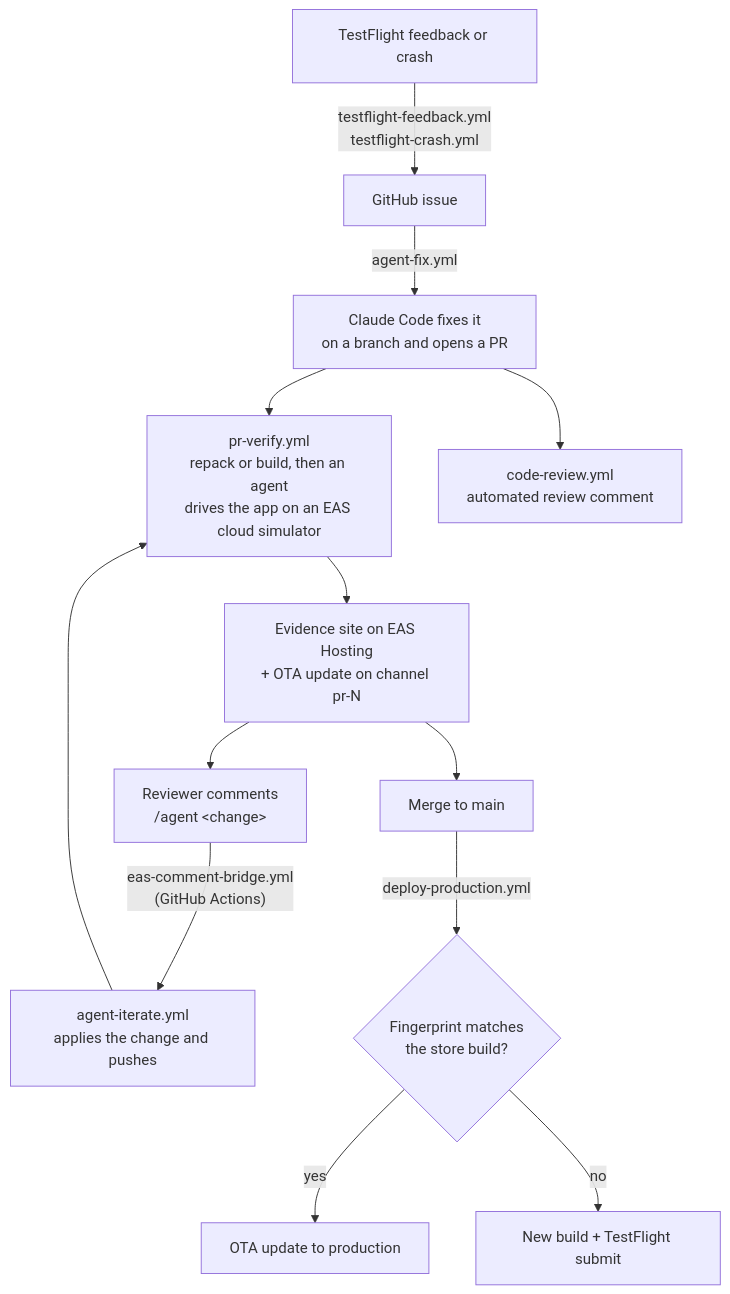
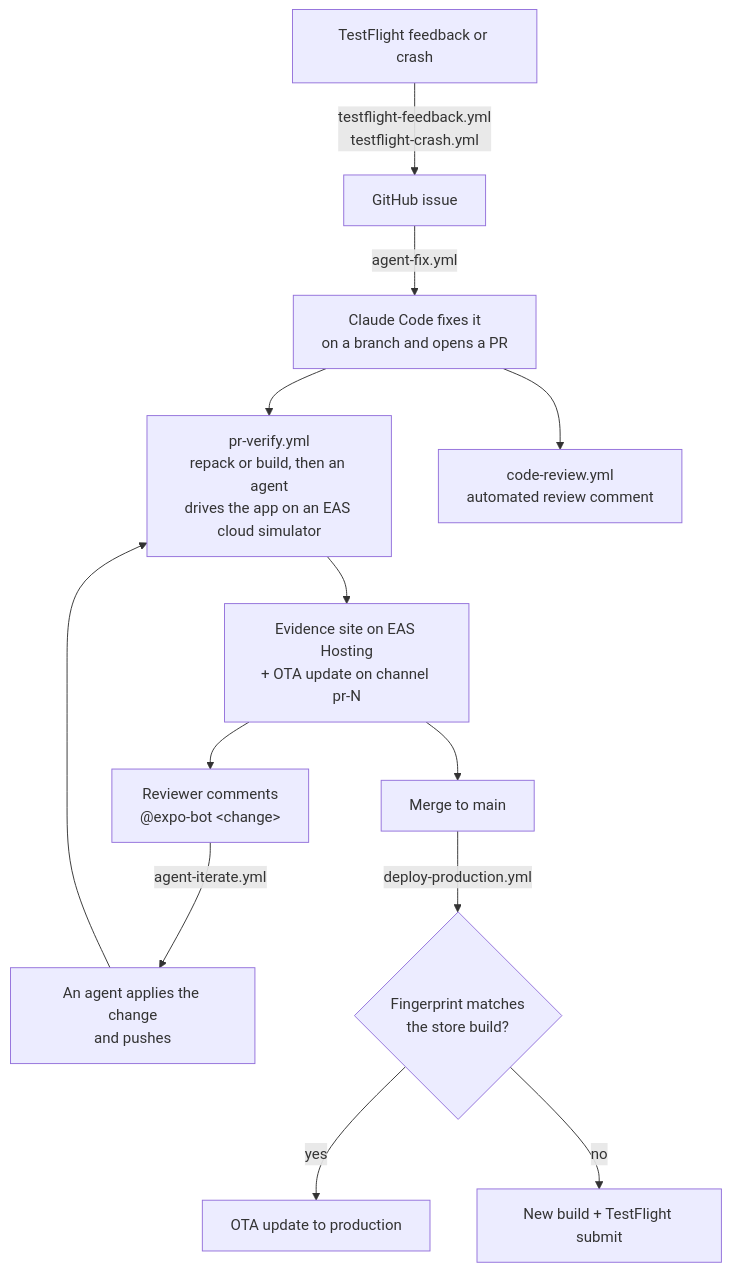
The diagram in README.md (jacobhammerle/pick-pulse), drawn with Mermaid before and after one commit. The commit also changed other lines of this file and 29 other files, not shown here.

First line of the commit message:
Add @expo-bot commands and port the pipeline polish from employee-onboarding (#48)

````diff
--- a/README.md
+++ b/README.md
@@ -12,15 +22,15 @@
 ```mermaid
 flowchart TD
     A[TestFlight feedback or crash] -- "testflight-feedback.yml<br/>testflight-crash.yml" --> B[GitHub issue]
     B -- "agent-fix.yml" --> C[Claude Code fixes it<br/>on a branch and opens a PR]
     C --> D["pr-verify.yml<br/>repack or build, then an agent<br/>drives the app on an EAS cloud simulator"]
     C --> E["code-review.yml<br/>automated review comment"]
     D --> F["Evidence site on EAS Hosting<br/>+ OTA update on channel pr-N"]
-    F --> G["Reviewer comments<br/>/agent &lt;change&gt;"]
-    G -- "eas-comment-bridge.yml<br/>(GitHub Actions)" --> H["agent-iterate.yml<br/>applies the change and pushes"]
+    F --> G["Reviewer comments<br/>@expo-bot &lt;change&gt;"]
+    G -- "agent-iterate.yml" --> H[An agent applies the change<br/>and pushes]
     H --> D
     F --> I[Merge to main]
     I -- "deploy-production.yml" --> J{Fingerprint matches<br/>the store build?}
     J -- yes --> K[OTA update to production]
     J -- no --> L[New build + TestFlight submit]
 ```
````
